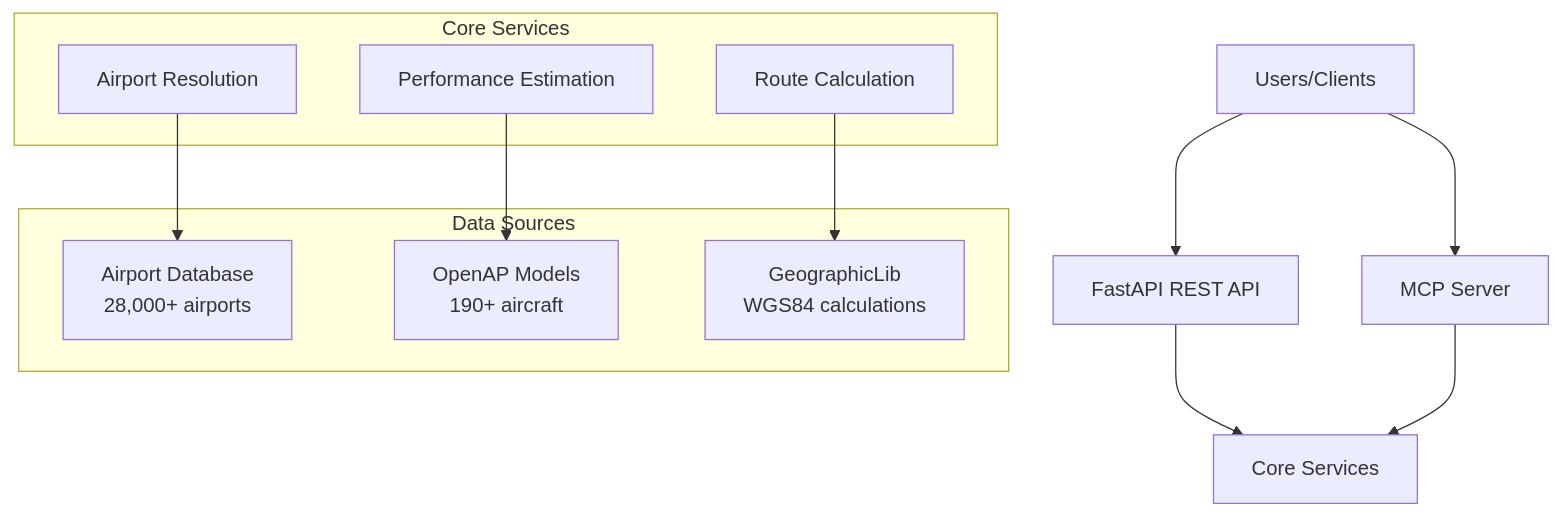
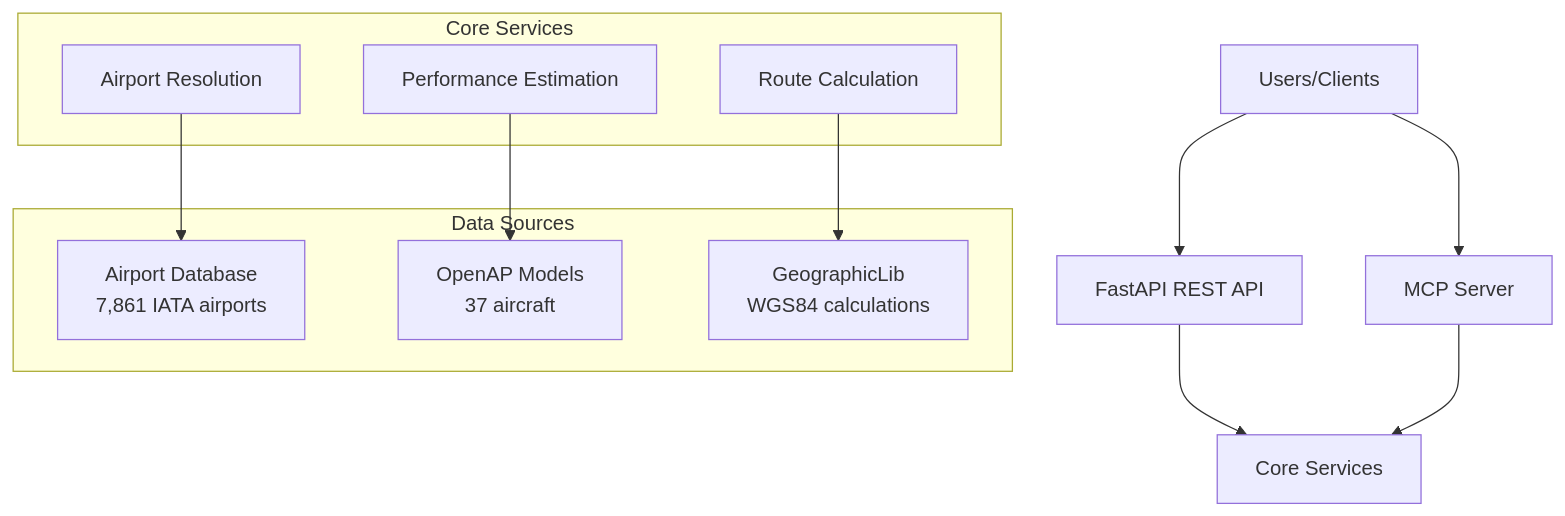
The diagram in README.md (cheesejaguar/aerospace-mcp), drawn with Mermaid before and after one commit. The commit also changed other lines of this file and 40 other files, not shown here.

````diff
--- a/README.md
+++ b/README.md
@@ -651,24 +653,24 @@
 ```mermaid
 graph TB
     Users[Users/Clients] --> API[FastAPI REST API]
     Users --> MCP[MCP Server]
 
     API --> Core[Core Services]
     MCP --> Core
 
     subgraph "Core Services"
         Airport[Airport Resolution]
         Route[Route Calculation]
         Perf[Performance Estimation]
     end
 
     subgraph "Data Sources"
-        AirportDB[Airport Database<br/>28,000+ airports]
-        OpenAP[OpenAP Models<br/>190+ aircraft]
+        AirportDB[Airport Database<br/>7,861 IATA airports]
+        OpenAP[OpenAP Models<br/>37 aircraft]
         Geodesic[GeographicLib<br/>WGS84 calculations]
     end
 
     Airport --> AirportDB
     Route --> Geodesic
     Perf --> OpenAP
 ```
````
